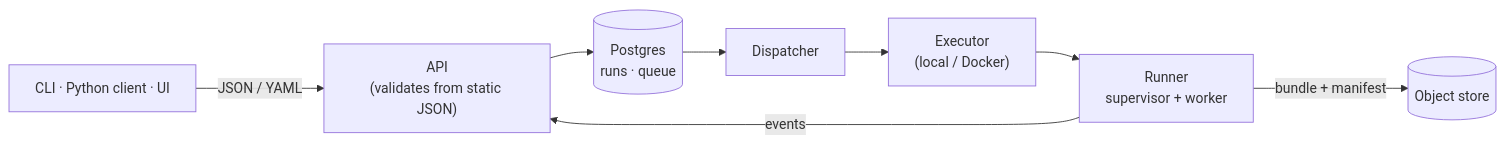
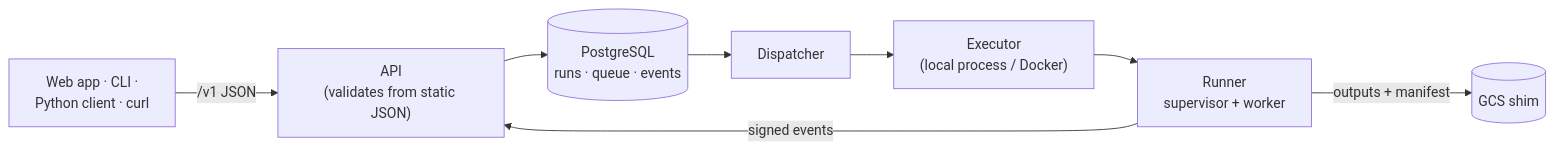
The diagram in docs/roadmap/platform-api.md (redam94/modeling-api), drawn with Mermaid before and after one commit. The commit also changed other lines of this file and 16 other files, not shown here.

First line of the commit message:
docs: deployment section, architecture overview, security model and M2/M3 roadmap

````diff
--- a/docs/roadmap/platform-api.md
+++ b/docs/roadmap/platform-api.md
@@ -21,10 +22,10 @@
 ```mermaid
 flowchart LR
-    C["CLI · Python client · UI"] -->|"JSON / YAML"| API["API<br/>(validates from static JSON)"]
-    API --> Q[("Postgres<br/>runs · queue")]
+    C["Web app · CLI ·<br/>Python client · curl"] -->|"/v1 JSON"| API["API<br/>(validates from static JSON)"]
+    API --> Q[("PostgreSQL<br/>runs · queue · events")]
     Q --> D["Dispatcher"]
-    D --> X["Executor<br/>(local / Docker)"]
+    D --> X["Executor<br/>(local process / Docker)"]
     X --> R["Runner<br/>supervisor + worker"]
-    R -->|"bundle + manifest"| S[("Object store")]
-    R -->|"events"| API
+    R -->|"outputs + manifest"| S[("GCS shim")]
+    R -->|"signed events"| API
 ```
````
